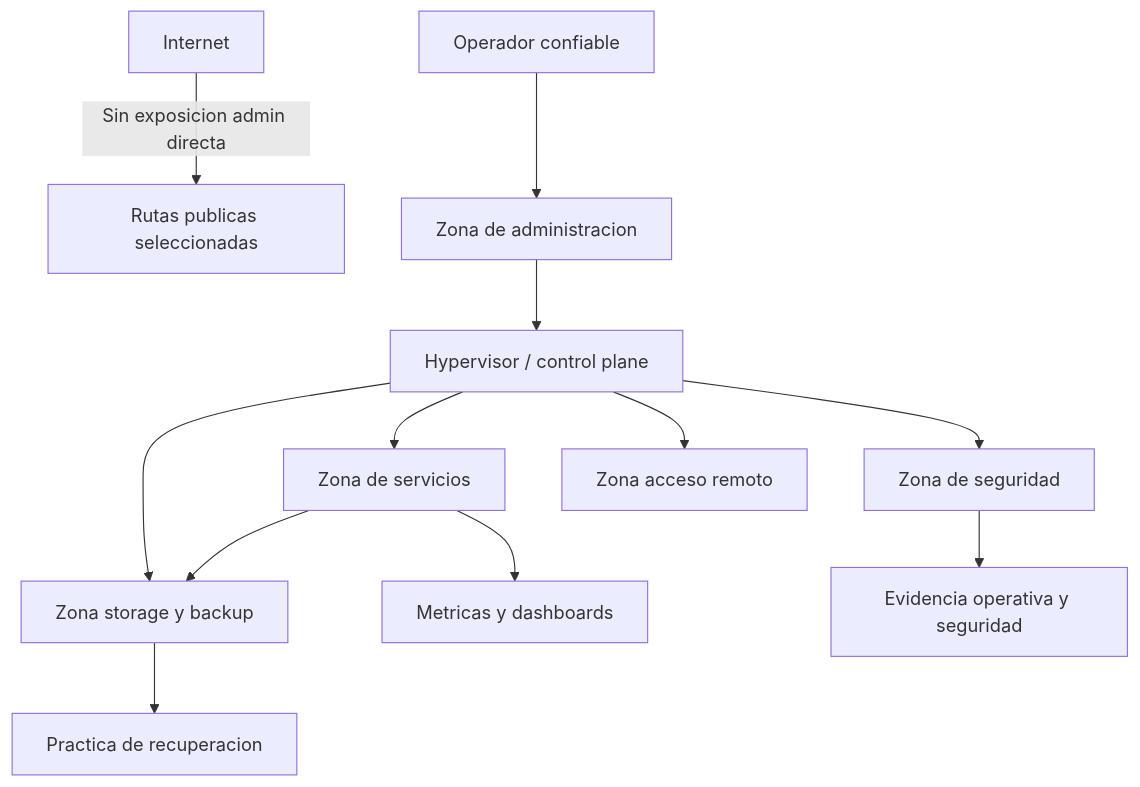
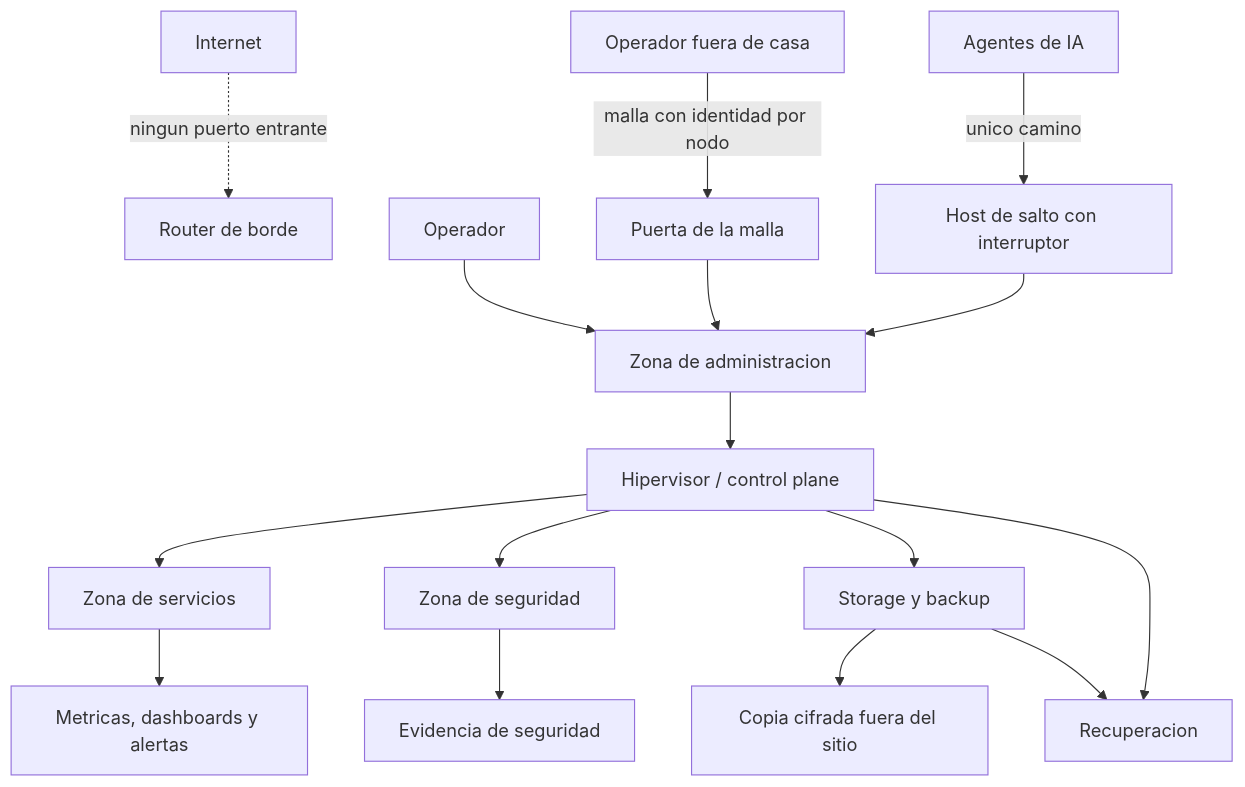
One commit to Nicolasperaltait/homelab changed the diagram in docs/es/00-arquitectura-ejecutiva.md. Above: the diagram before and after it, drawn with Mermaid. The commit also changed other lines of this file and 16 other files, not shown here.

````diff
--- a/docs/es/00-arquitectura-ejecutiva.md
+++ b/docs/es/00-arquitectura-ejecutiva.md
@@ -22,16 +30,20 @@
 ```mermaid
 flowchart TB
-    Internet[Internet] -->|Sin exposicion admin directa| Publico[Rutas publicas seleccionadas]
-    Operador[Operador confiable] --> Mgmt[Zona de administracion]
-    Mgmt --> Hypervisor[Hypervisor / control plane]
+    Internet[Internet] -.->|ningun puerto entrante| Borde[Router de borde]
+    Operador[Operador] --> Mgmt[Zona de administracion]
+    Remoto[Operador fuera de casa] -->|malla con identidad por nodo| Gw[Puerta de la malla]
+    Gw --> Mgmt
+    Agente[Agentes de IA] -->|unico camino| Salto[Host de salto con interruptor]
+    Salto --> Mgmt
 
-    Hypervisor --> Servicios[Zona de servicios]
-    Hypervisor --> Seguridad[Zona de seguridad]
-    Hypervisor --> Storage[Zona storage y backup]
-    Hypervisor --> Remoto[Zona acceso remoto]
+    Mgmt --> HV[Hipervisor / control plane]
+    HV --> Servicios[Zona de servicios]
+    HV --> Seguridad[Zona de seguridad]
+    HV --> Storage[Storage y backup]
+    HV --> DR[Recuperacion]
 
-    Servicios --> Observabilidad[Metricas y dashboards]
-    Servicios --> Storage
-    Seguridad --> Evidencia[Evidencia operativa y seguridad]
-    Storage --> Recuperacion[Practica de recuperacion]
+    Servicios --> Obs[Metricas, dashboards y alertas]
+    Seguridad --> Evidencia[Evidencia de seguridad]
+    Storage --> Offsite[Copia cifrada fuera del sitio]
+    Storage --> DR
 ```
````
